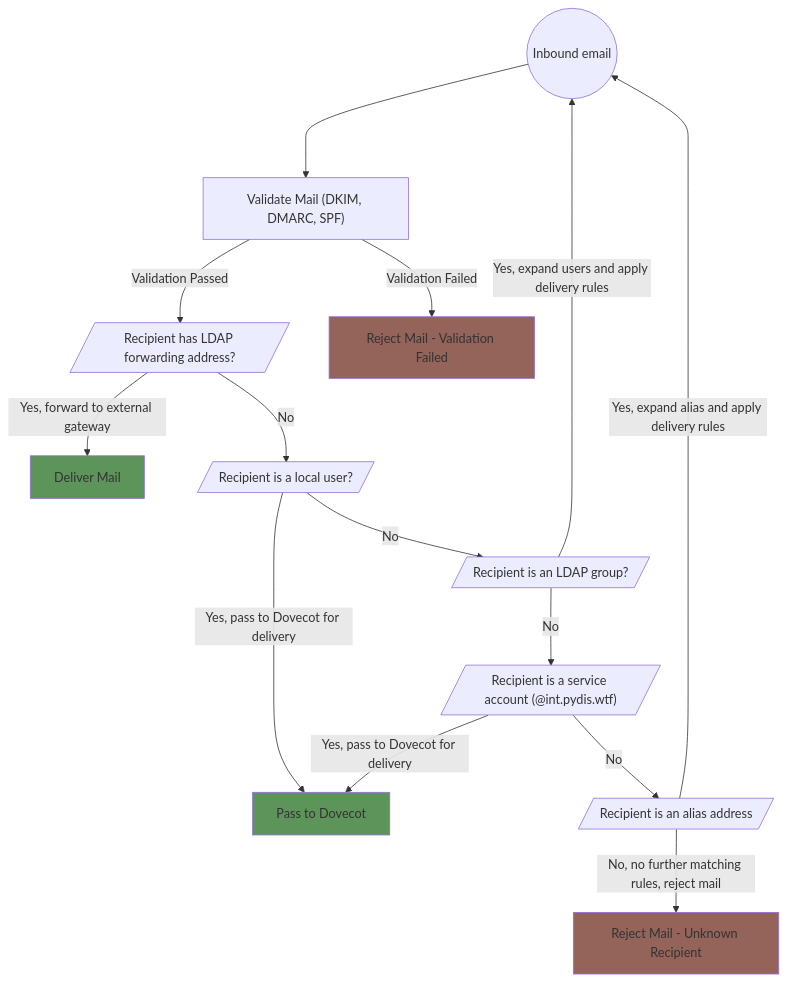
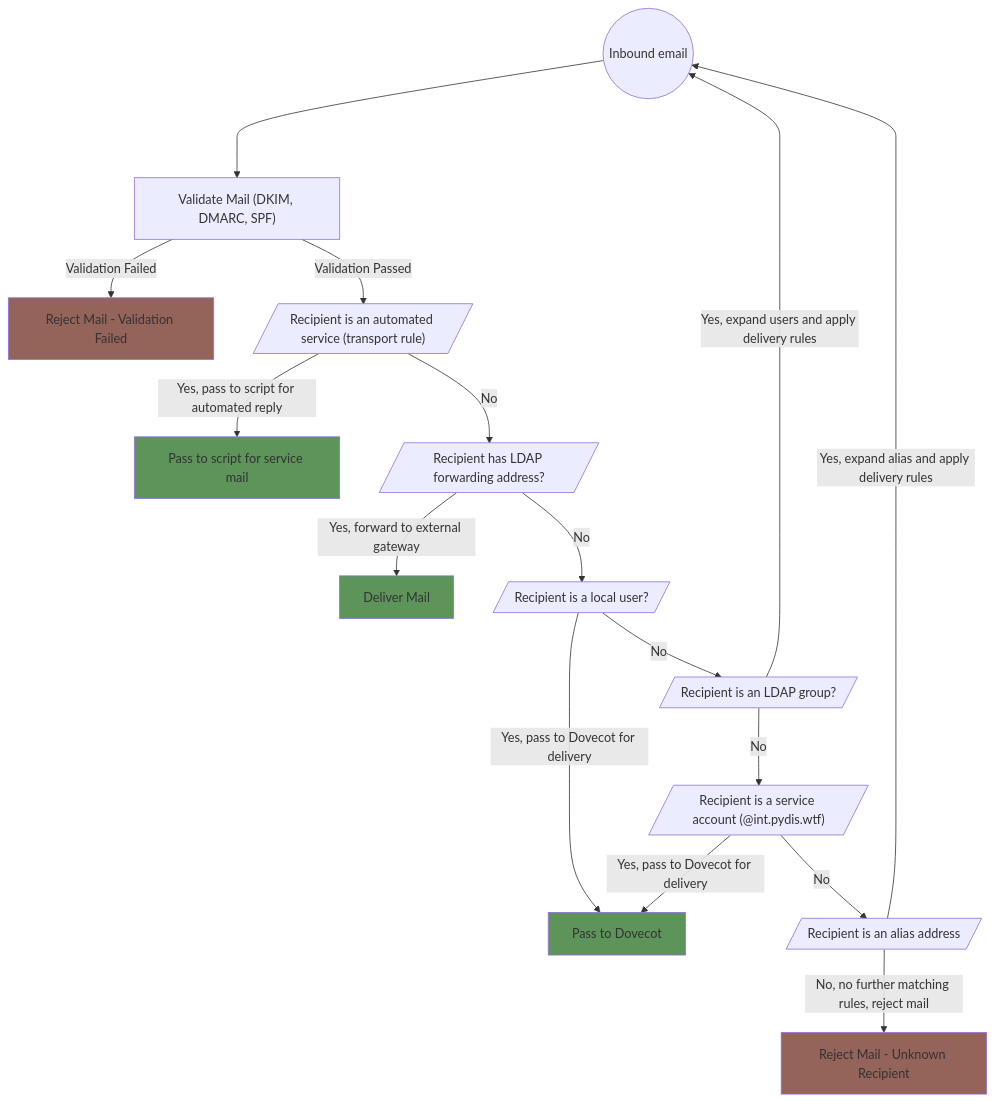
The diagram in docs/docs/services/email/components/postfix.md (python-discord/infra), drawn with Mermaid before and after one commit.

Commit message:
Add service mail to postfix flow chart

````diff
--- a/docs/docs/services/email/components/postfix.md
+++ b/docs/docs/services/email/components/postfix.md
@@ -20,35 +20,40 @@
 ```mermaid
 flowchart TD
     M((Inbound email))
     A1[/Recipient has LDAP forwarding address?/]
     A2[/Recipient is a local user?/]
     A3[/Recipient is an LDAP group?/]
     A4[/"Recipient is a service account (@int.pydis.wtf)"/]
     A5[/Recipient is an alias address/]
+    A6[/"Recipient is an automated service (transport rule)"/]
 
     V1["Validate Mail (DKIM, DMARC, SPF)"]
     D1[Deliver Mail]
     D2[Reject Mail - Unknown Recipient]
     D3[Reject Mail - Validation Failed]
     D4[Pass to Dovecot]
+    D5[Pass to script for service mail]
 
     style D1 fill:#5d945a
     style D2 fill:#94635a
     style D3 fill:#94635a
     style D4 fill:#5d945a
+    style D5 fill:#5d945a
 
     M--->V1
 
-    V1--Validation Passed-->A1
     V1--Validation Failed-->D3
+    V1--Validation Passed-->A6
+    A6--Yes, pass to script for automated reply-->D5
+    A6--No -->A1
     A1--Yes, forward to external gateway-->D1
     A1--No -->A2
     A2--Yes, pass to Dovecot for delivery-->D4
     A2--No -->A3
     A3--Yes, expand users and apply delivery rules -->M
     A3--No -->A4
     A4--Yes, pass to Dovecot for delivery -->D4
     A4--No -->A5
     A5--Yes, expand alias and apply delivery rules -->M
     A5--No, no further matching rules, reject mail-->D2
 ```
````
